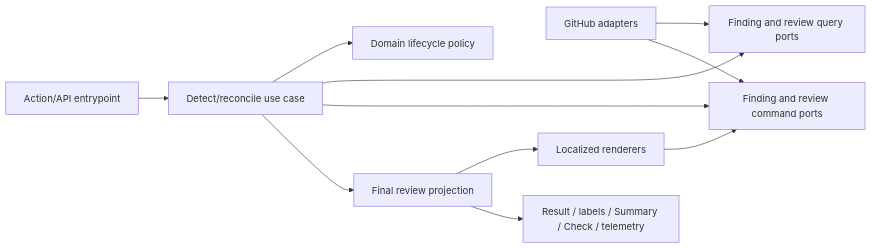
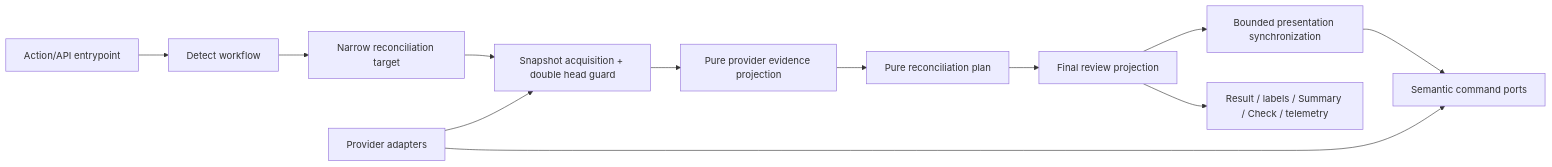
The second of 2 diagrams in specs/bugbot-review-state-reconciliation.md (vypdev/copilot), drawn with Mermaid before and after one commit. The commit also changed other lines of this file and 55 other files, not shown here.

Commit message:
develop: harden review state reconciliation

````diff
--- a/specs/bugbot-review-state-reconciliation.md
+++ b/specs/bugbot-review-state-reconciliation.md
@@ -432,13 +450,14 @@
 ```mermaid
 flowchart LR
-    E[Action/API entrypoint] --> U[Detect/reconcile use case]
-    U --> D[Domain lifecycle policy]
-    U --> Q[Finding and review query ports]
-    U --> C[Finding and review command ports]
-    G[GitHub adapters] --> Q
+    E[Action/API entrypoint] --> U[Detect workflow]
+    U --> T[Narrow reconciliation target]
+    T --> S[Snapshot acquisition + double head guard]
+    S --> P[Pure provider evidence projection]
+    P --> D[Pure reconciliation plan]
+    D --> V[Final review projection]
+    V --> R[Bounded presentation synchronization]
+    R --> C[Semantic command ports]
+    G[Provider adapters] --> S
     G --> C
-    U --> V[Final review projection]
-    V --> R[Localized renderers]
-    R --> C
     V --> O[Result / labels / Summary / Check / telemetry]
 ```
````
